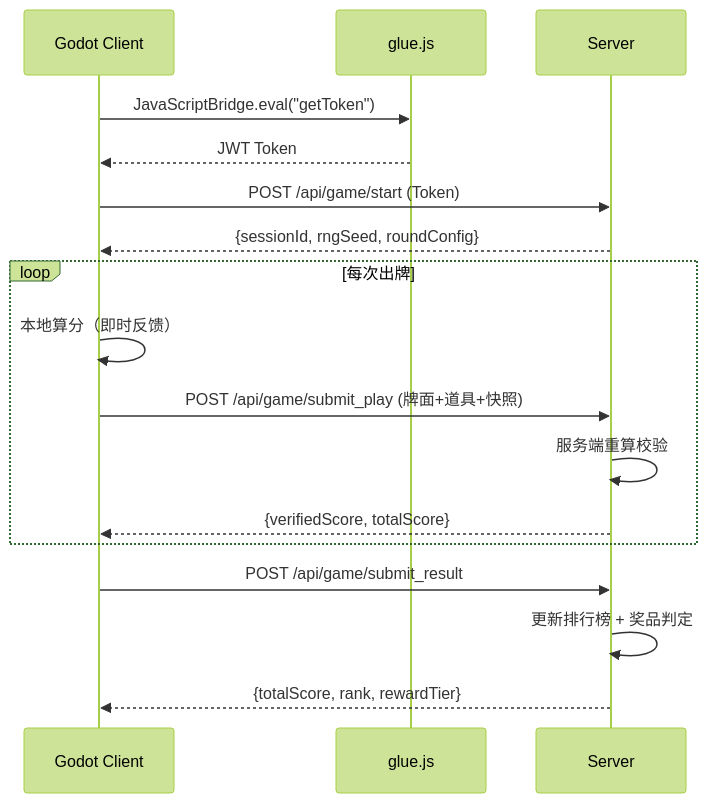
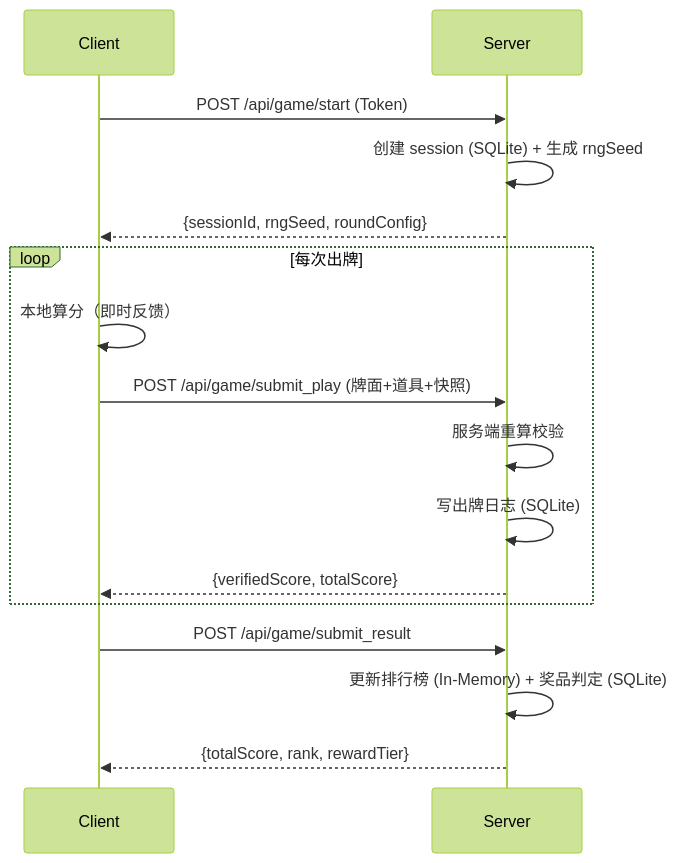
The second of 8 diagrams in docs/poker_roguelike_tech_spec.md (Lwin993/my-poker-roguelike), drawn with Mermaid (forest theme) before and after one commit. The commit also changed other lines of this file and 62 other files, not shown here.

````diff
--- a/docs/poker_roguelike_tech_spec.md
+++ b/docs/poker_roguelike_tech_spec.md
@@ -73,22 +70,21 @@
 ```mermaid
 sequenceDiagram
-    participant C as Godot Client
-    participant J as glue.js
+    participant C as Client
     participant S as Server
     
-    C->>J: JavaScriptBridge.eval("getToken")
-    J-->>C: JWT Token
     C->>S: POST /api/game/start (Token)
+    S->>S: 创建 session (SQLite) + 生成 rngSeed
     S-->>C: {sessionId, rngSeed, roundConfig}
     
     loop 每次出牌
         C->>C: 本地算分（即时反馈）
         C->>S: POST /api/game/submit_play (牌面+道具+快照)
         S->>S: 服务端重算校验
+        S->>S: 写出牌日志 (SQLite)
         S-->>C: {verifiedScore, totalScore}
     end
     
     C->>S: POST /api/game/submit_result
-    S->>S: 更新排行榜 + 奖品判定
+    S->>S: 更新排行榜 (In-Memory) + 奖品判定 (SQLite)
     S-->>C: {totalScore, rank, rewardTier}
 ```
````
